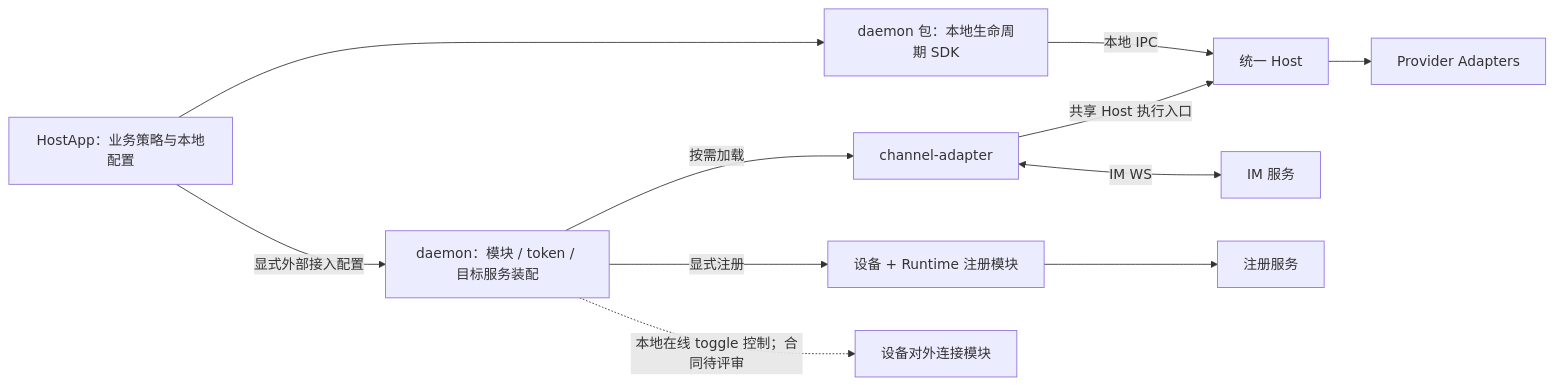
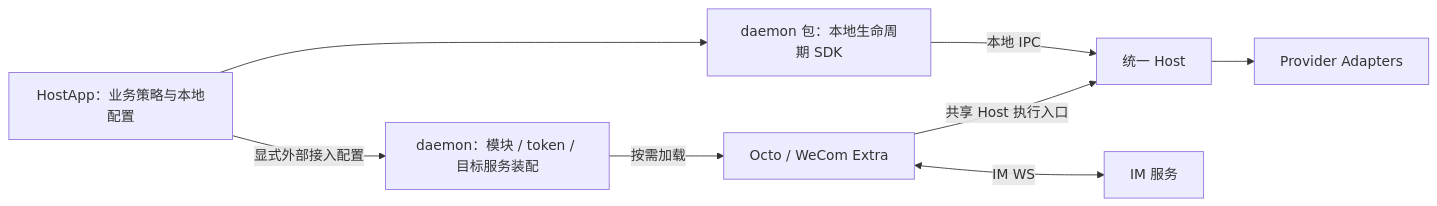
One commit to LarsonLian/octo-runtime changed the diagram in README.md. Above: the diagram before and after it, drawn with Mermaid. The commit also changed other lines of this file and 122 other files, not shown here.

````diff
--- a/README.md
+++ b/README.md
@@ -73,13 +71,10 @@
 ```mermaid
 flowchart LR
     APP["HostApp：业务策略与本地配置"] --> SDK["daemon 包：本地生命周期 SDK"]
     SDK -->|"本地 IPC"| HOST["统一 Host"]
     HOST --> AD["Provider Adapters"]
     APP -->|"显式外部接入配置"| D["daemon：模块 / token / 目标服务装配"]
-    D -->|"按需加载"| IM["channel-adapter"]
+    D -->|"按需加载"| IM["Octo / WeCom Extra"]
     IM <-->|"IM WS"| SERVER["IM 服务"]
     IM -->|"共享 Host 执行入口"| HOST
-    D -->|"显式注册"| REGISTER["设备 + Runtime 注册模块"]
-    REGISTER --> WORKER["注册服务"]
-    D -.->|"本地在线 toggle 控制；合同待评审"| DEVICE["设备对外连接模块"]
 ```
````
